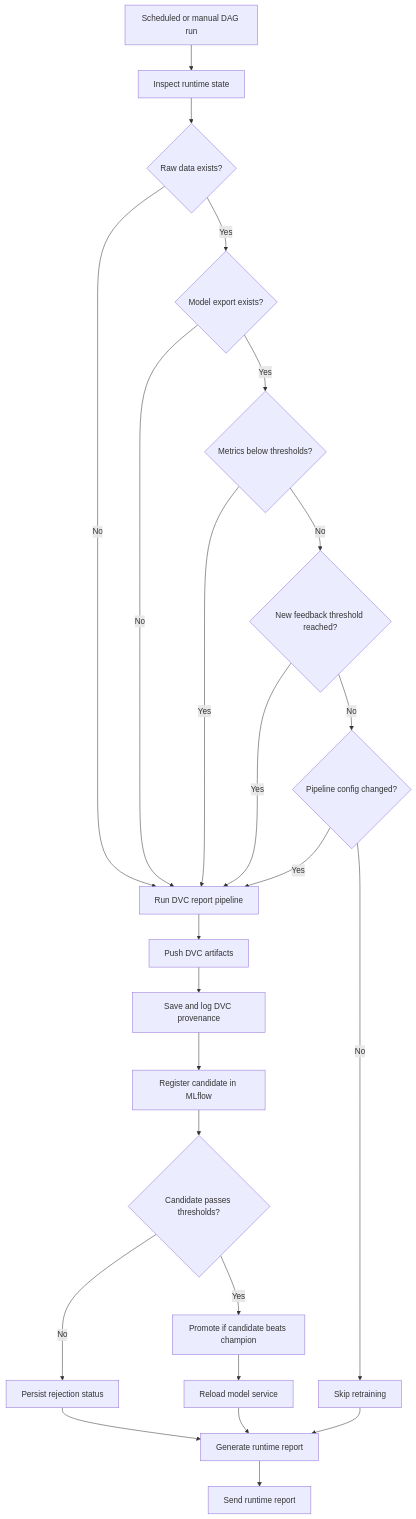
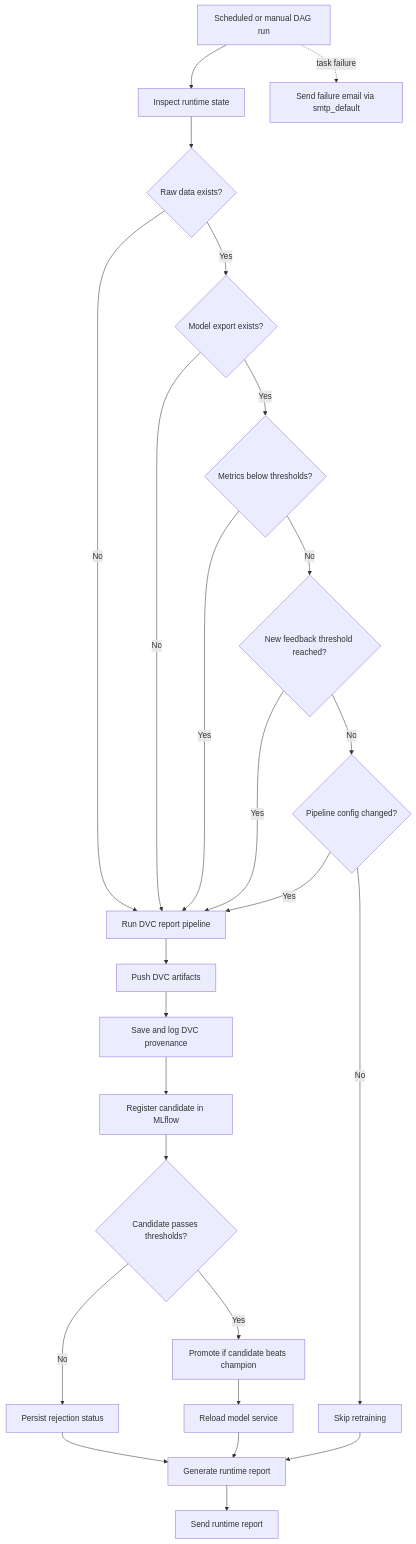
The fourth of 5 diagrams in docs/02_HLD.md (swadeshbalajee/galaxy_morphology_fp), drawn with Mermaid before and after one commit. The commit also changed other lines of this file and 12 other files, not shown here.

````diff
--- a/docs/02_HLD.md
+++ b/docs/02_HLD.md
@@ -66,26 +66,27 @@
 ```mermaid
 flowchart TD
   Start[Scheduled or manual DAG run] --> Inspect[Inspect runtime state]
   Inspect --> Raw{Raw data exists?}
   Raw -->|No| Run[Run DVC report pipeline]
   Raw -->|Yes| Model{Model export exists?}
   Model -->|No| Run
   Model -->|Yes| Metrics{Metrics below thresholds?}
   Metrics -->|Yes| Run
   Metrics -->|No| Feedback{New feedback threshold reached?}
   Feedback -->|Yes| Run
   Feedback -->|No| Config{Pipeline config changed?}
   Config -->|Yes| Run
   Config -->|No| Skip[Skip retraining]
   Run --> Push[Push DVC artifacts]
   Push --> Provenance[Save and log DVC provenance]
   Provenance --> Register[Register candidate in MLflow]
   Register --> Validate{Candidate passes thresholds?}
   Validate -->|No| Reject[Persist rejection status]
   Validate -->|Yes| Promote[Promote if candidate beats champion]
   Promote --> Reload[Reload model service]
   Reject --> RuntimeReport[Generate runtime report]
   Reload --> RuntimeReport[Generate runtime report]
   Skip --> RuntimeReport
   RuntimeReport --> Email[Send runtime report]
+  Start -. task failure .-> FailureEmail[Send failure email via smtp_default]
 ```
````
